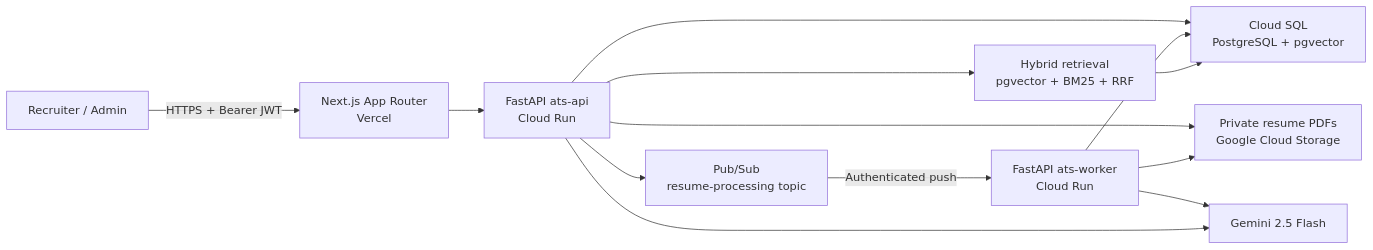
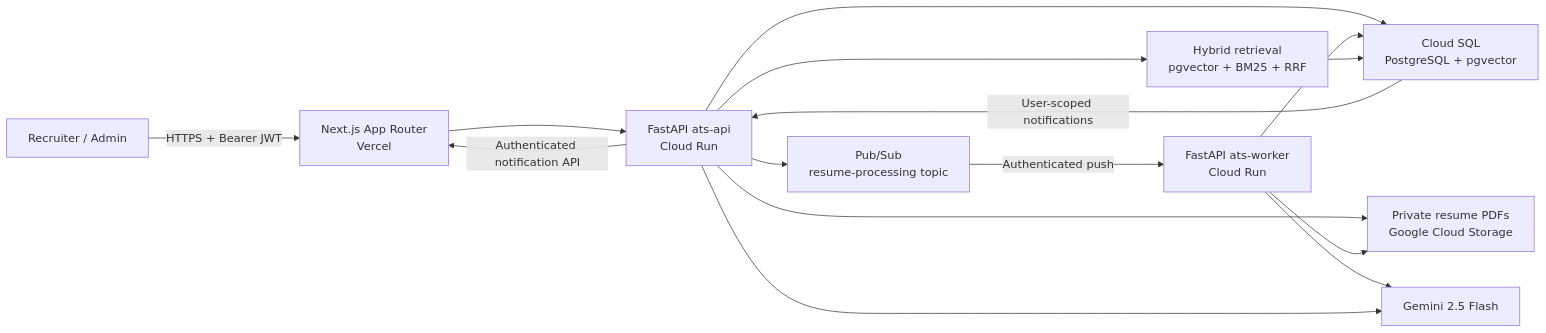
The first of 2 diagrams in README.md (baramee-chaisuwan/AI-Document-Intelligence), drawn with Mermaid before and after one commit. The commit also changed other lines of this file, not shown here.

Commit message:
docs: document in-app notifications

````diff
--- a/README.md
+++ b/README.md
@@ -170,15 +173,17 @@
 ```mermaid
 flowchart LR
     U["Recruiter / Admin"] -->|HTTPS + Bearer JWT| FE["Next.js App Router<br/>Vercel"]
     FE --> API["FastAPI ats-api<br/>Cloud Run"]
     API --> DB["Cloud SQL<br/>PostgreSQL + pgvector"]
     API --> GCS["Private resume PDFs<br/>Google Cloud Storage"]
     API --> PS["Pub/Sub<br/>resume-processing topic"]
     PS -->|Authenticated push| W["FastAPI ats-worker<br/>Cloud Run"]
     W --> GCS
     W --> DB
     W --> GEM["Gemini 2.5 Flash"]
     API --> GEM
     API --> RAG["Hybrid retrieval<br/>pgvector + BM25 + RRF"]
     RAG --> DB
+    DB -->|User-scoped notifications| API
+    API -->|Authenticated notification API| FE
 ```
````
